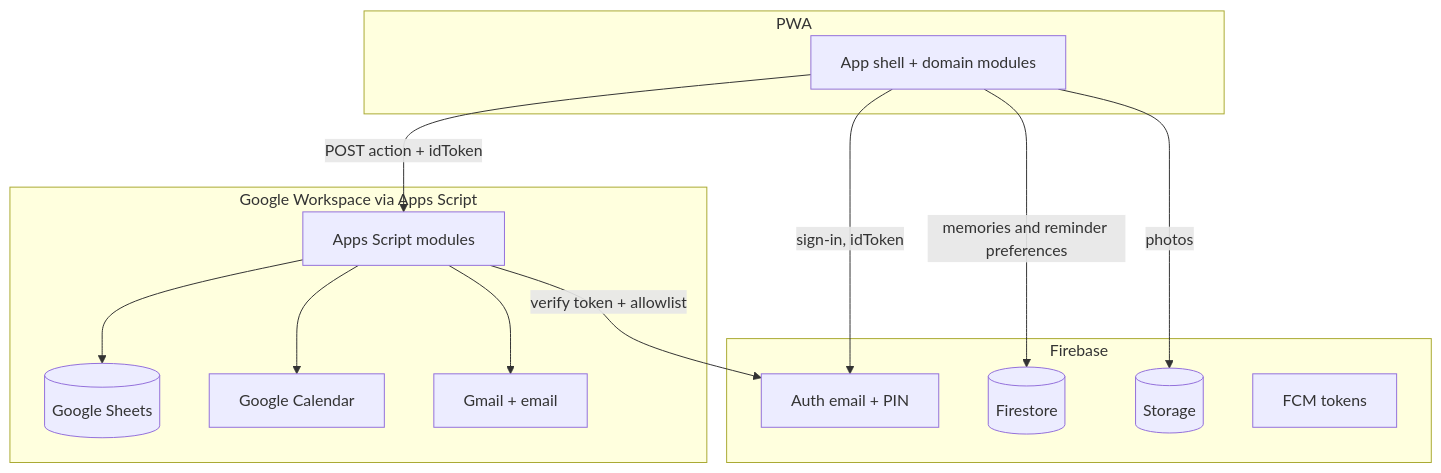
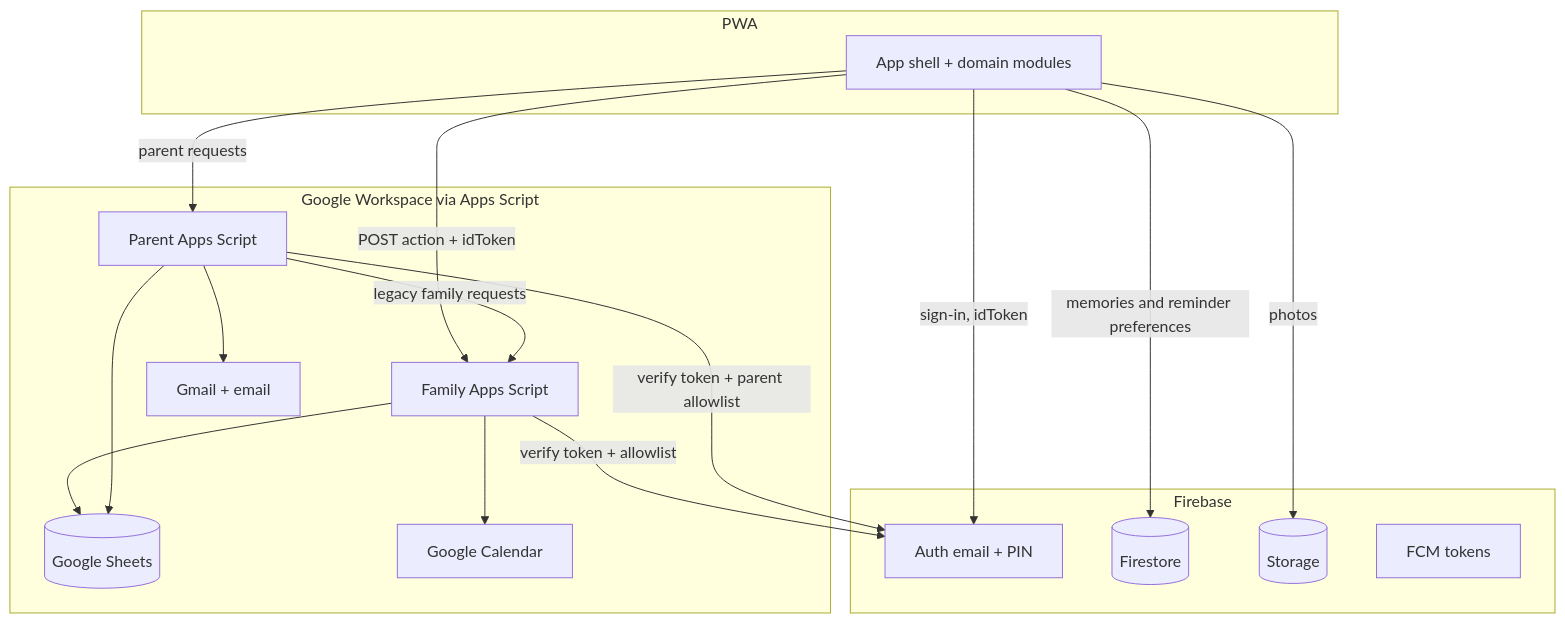
The diagram in ARCHITECTURE.md (marcuswongjw/familylog), drawn with Mermaid before and after one commit. The commit also changed other lines of this file and 19 other files, not shown here.

````diff
--- a/ARCHITECTURE.md
+++ b/ARCHITECTURE.md
@@ -5,29 +5,34 @@
 ```mermaid
 flowchart TB
   subgraph client [PWA]
     UI[App shell + domain modules]
   end
 
   subgraph firebase [Firebase]
     Auth[Auth email + PIN]
     FS[(Firestore)]
     ST[(Storage)]
     FCM[FCM tokens]
   end
 
   subgraph google [Google Workspace via Apps Script]
-    GAS[Apps Script modules]
+    GAS[Family Apps Script]
+    PARENT[Parent Apps Script]
     SH[(Google Sheets)]
     CAL[Google Calendar]
     MAIL[Gmail + email]
   end
 
   UI -->|sign-in, idToken| Auth
   UI -->|memories and reminder preferences| FS
   UI -->|photos| ST
   UI -->|POST action + idToken| GAS
   GAS -->|verify token + allowlist| Auth
   GAS --> SH
   GAS --> CAL
-  GAS --> MAIL
+  UI -->|parent requests| PARENT
+  PARENT -->|verify token + parent allowlist| Auth
+  PARENT --> SH
+  PARENT --> MAIL
+  PARENT -->|legacy family requests| GAS
 ```
````
